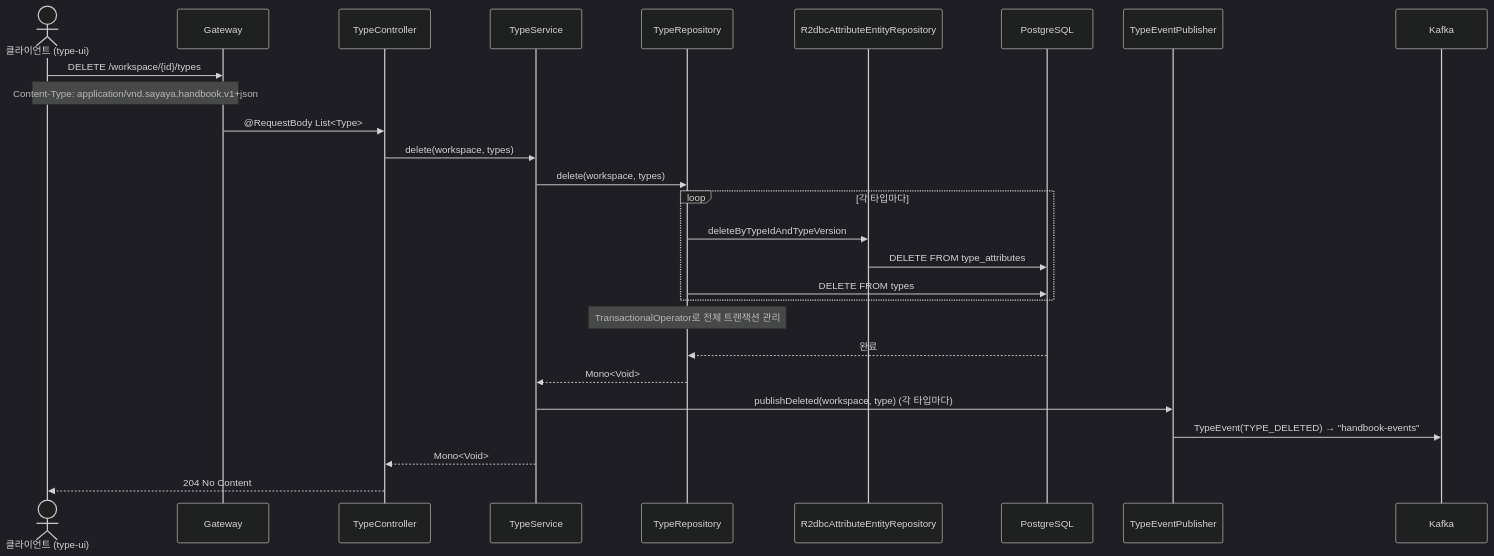
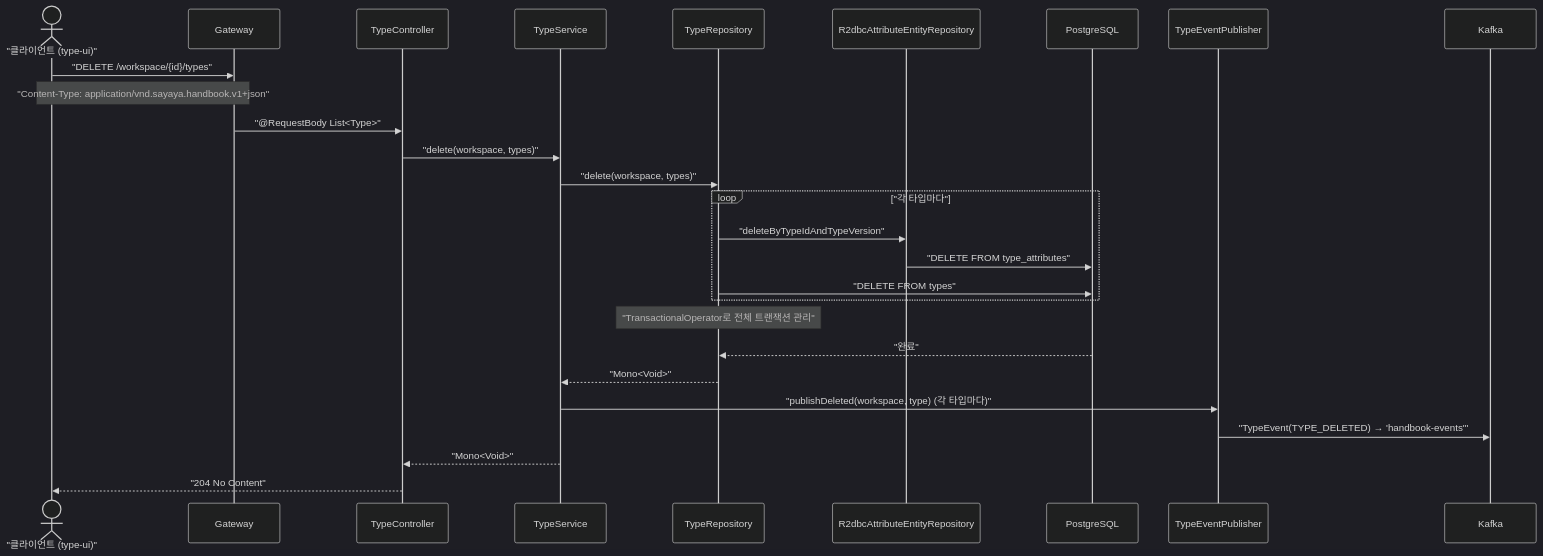
One commit to sayaya1090/handbook changed the second of 4 diagrams in persist-type/USECASE.md. Above: the diagram before and after it, drawn with Mermaid (dark theme). The commit also changed other lines of this file and 22 other files, not shown here.

First line of the commit message:
docs: Mermaid 다이어그램 렌더링 오류 수정을 위한 구문 전수 교정

````diff
--- a/persist-type/USECASE.md
+++ b/persist-type/USECASE.md
@@ -45,30 +45,30 @@
 ```mermaid
 sequenceDiagram
-    actor Client as 클라이언트 (type-ui)
+    actor Client as "클라이언트 (type-ui)"
     participant GW as Gateway
     participant Ctrl as TypeController
     participant Svc as TypeService
     participant Repo as TypeRepository
     participant AttrRepo as R2dbcAttributeEntityRepository
     participant DB as PostgreSQL
     participant Pub as TypeEventPublisher
     participant Kafka as Kafka
 
-    Client->>GW: DELETE /workspace/{id}/types
-    Note over Client,GW: Content-Type: application/vnd.sayaya.handbook.v1+json
-    GW->>Ctrl: @RequestBody List<Type>
-    Ctrl->>Svc: delete(workspace, types)
-    Svc->>Repo: delete(workspace, types)
-    loop 각 타입마다
-        Repo->>AttrRepo: deleteByTypeIdAndTypeVersion
-        AttrRepo->>DB: DELETE FROM type_attributes
-        Repo->>DB: DELETE FROM types
+    Client->>GW: "DELETE /workspace/{id}/types"
+    Note over Client,GW: "Content-Type: application/vnd.sayaya.handbook.v1+json"
+    GW->>Ctrl: "@RequestBody List<Type>"
+    Ctrl->>Svc: "delete(workspace, types)"
+    Svc->>Repo: "delete(workspace, types)"
+    loop "각 타입마다"
+        Repo->>AttrRepo: "deleteByTypeIdAndTypeVersion"
+        AttrRepo->>DB: "DELETE FROM type_attributes"
+        Repo->>DB: "DELETE FROM types"
     end
-    Note over Repo: TransactionalOperator로 전체 트랜잭션 관리
-    DB-->>Repo: 완료
-    Repo-->>Svc: Mono<Void>
-    Svc->>Pub: publishDeleted(workspace, type) (각 타입마다)
-    Pub->>Kafka: TypeEvent(TYPE_DELETED) → "handbook-events"
-    Svc-->>Ctrl: Mono<Void>
-    Ctrl-->>Client: 204 No Content
+    Note over Repo: "TransactionalOperator로 전체 트랜잭션 관리"
+    DB-->>Repo: "완료"
+    Repo-->>Svc: "Mono<Void>"
+    Svc->>Pub: "publishDeleted(workspace, type) (각 타입마다)"
+    Pub->>Kafka: "TypeEvent(TYPE_DELETED) → 'handbook-events'"
+    Svc-->>Ctrl: "Mono<Void>"
+    Ctrl-->>Client: "204 No Content"
 ```
````
